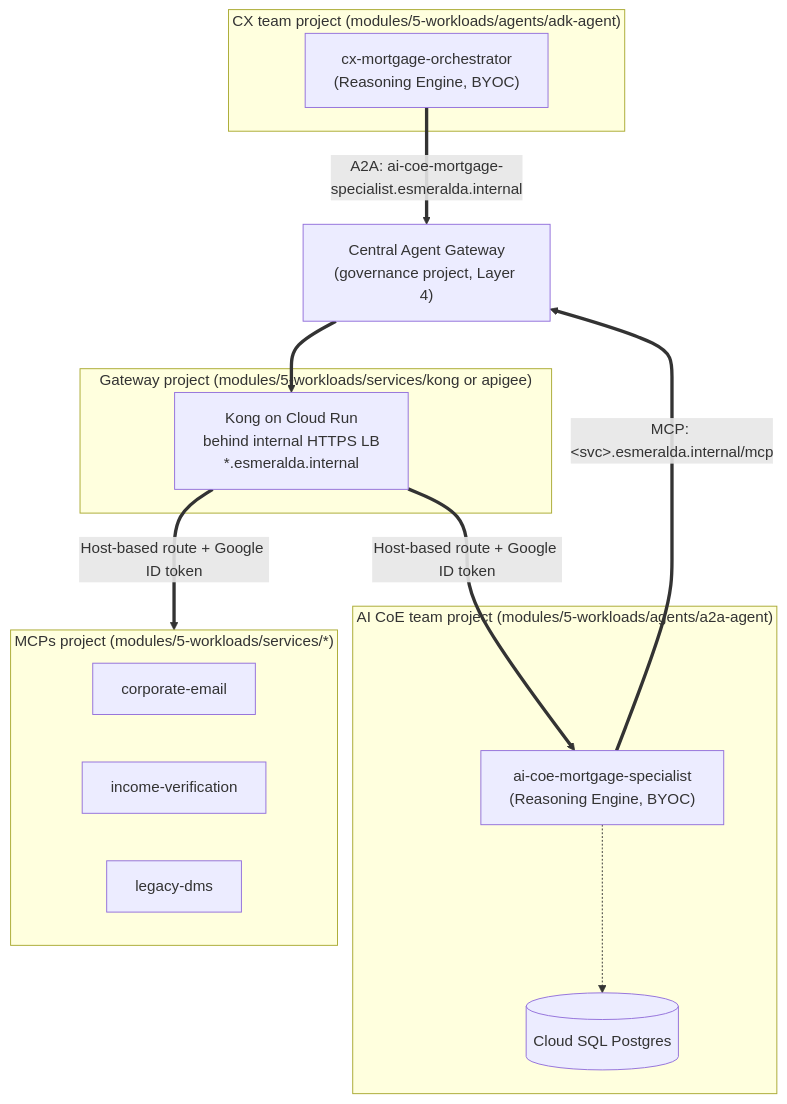
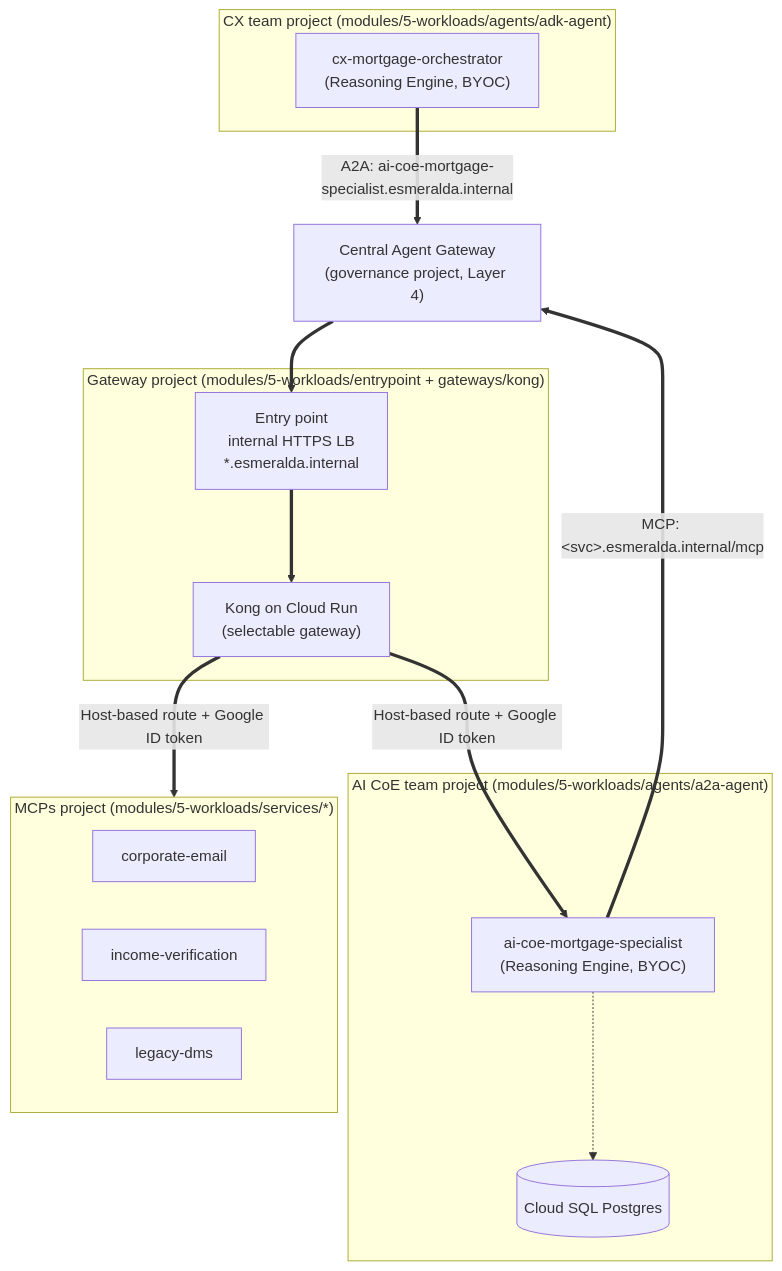
One commit to google/esmeralda changed the diagram in docs/src/2-workloads-and-catalog/index.md. Above: the diagram before and after it, drawn with Mermaid. The commit also changed other lines of this file and 10 other files, not shown here.

First line of the commit message:
docs: describe the entry point, the gateway contract and host-by-host migration

````diff
--- a/docs/src/2-workloads-and-catalog/index.md
+++ b/docs/src/2-workloads-and-catalog/index.md
@@ -60,30 +61,32 @@
 ```mermaid
 flowchart TB
     subgraph CX["CX team project (modules/5-workloads/agents/adk-agent)"]
         Orch["cx-mortgage-orchestrator<br/>(Reasoning Engine, BYOC)"]
     end
 
     AGW["Central Agent Gateway<br/>(governance project, Layer 4)"]
 
-    subgraph Gateway["Gateway project (modules/5-workloads/services/kong or apigee)"]
-        Kong["Kong on Cloud Run<br/>behind internal HTTPS LB<br/>*.esmeralda.internal"]
+    subgraph Gateway["Gateway project (modules/5-workloads/entrypoint + gateways/kong)"]
+        EP["Entry point<br/>internal HTTPS LB<br/>*.esmeralda.internal"]
+        Kong["Kong on Cloud Run<br/>(selectable gateway)"]
+        EP ==> Kong
     end
 
     subgraph CoE["AI CoE team project (modules/5-workloads/agents/a2a-agent)"]
         Spec["ai-coe-mortgage-specialist<br/>(Reasoning Engine, BYOC)"]
         DB[(Cloud SQL Postgres)]
         Spec -.-> DB
     end
 
     subgraph MCPServers["MCPs project (modules/5-workloads/services/*)"]
         M1["corporate-email"]
         M2["income-verification"]
         M3["legacy-dms"]
     end
 
     Orch ==>|"A2A: ai-coe-mortgage-specialist.esmeralda.internal"| AGW
     Spec ==>|"MCP: #60;svc#62;.esmeralda.internal/mcp"| AGW
-    AGW ==> Kong
+    AGW ==> EP
     Kong ==>|Host-based route + Google ID token| Spec
     Kong ==>|Host-based route + Google ID token| MCPServers
 ```
````
